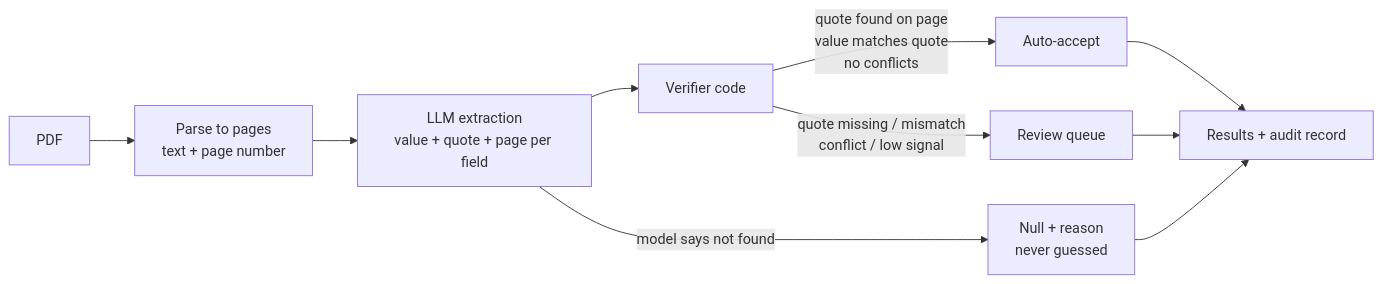
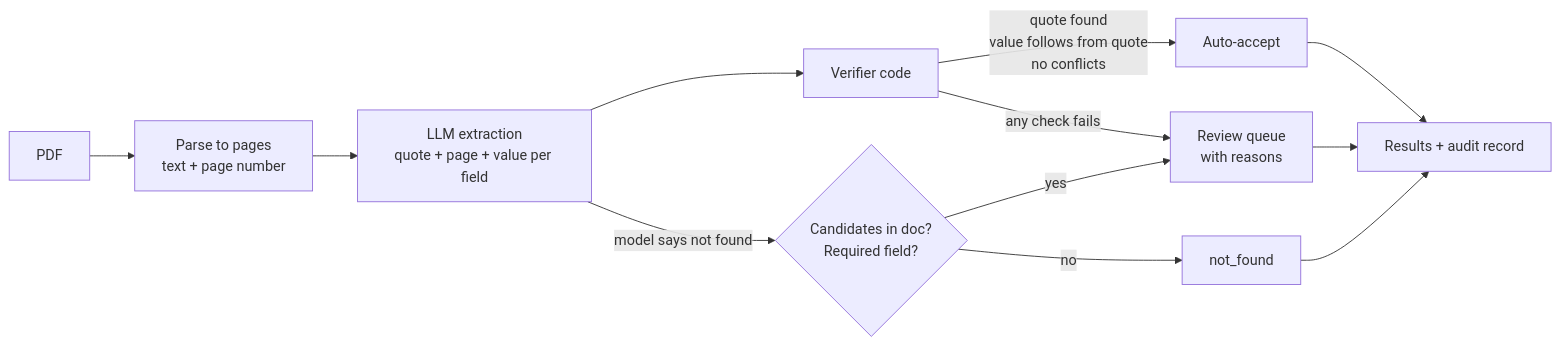
Before and after one commit to neghani/ai_teaching: the diagram in articles/01-grounded-extraction/README.md, drawn with Mermaid. The commit also changed other lines of this file and 63 other files, not shown here.

Commit message:
Add Week 1 eval results, charts, and article draft

````diff
--- a/articles/01-grounded-extraction/README.md
+++ b/articles/01-grounded-extraction/README.md
@@ -29,12 +65,14 @@
 ```mermaid
 flowchart LR
     A[PDF] --> B[Parse to pages<br/>text + page number]
-    B --> C[LLM extraction<br/>value + quote + page per field]
+    B --> C[LLM extraction<br/>quote + page + value per field]
     C --> D[Verifier code]
-    D -->|quote found on page<br/>value matches quote<br/>no conflicts| E[Auto-accept]
-    D -->|quote missing / mismatch<br/>conflict / low signal| F[Review queue]
-    C -->|model says not found| G[Null + reason<br/>never guessed]
-    E --> H[Results + audit record]
-    F --> H
-    G --> H
+    D -->|quote found<br/>value follows from quote<br/>no conflicts| E[Auto-accept]
+    D -->|any check fails| F[Review queue<br/>with reasons]
+    C -->|model says not found| G{Candidates in doc?<br/>Required field?}
+    G -->|no| H[not_found]
+    G -->|yes| F
+    E --> I[Results + audit record]
+    F --> I
+    H --> I
 ```
````
